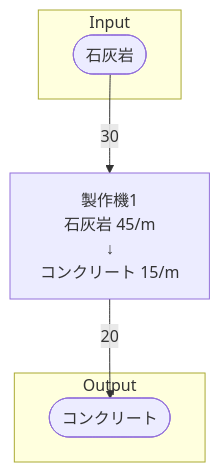
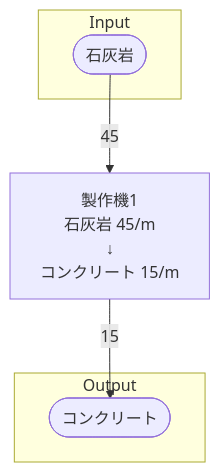
Before and after one commit to Suzuran-Amano/SatisfactoryTaskEfficiency: the diagram in 40_FactoryBuilding/初期一時コンクリート工場/40_個別製造ライン設計書/個別製造ライン設計書_コンクリート製造ライン.md, drawn with Mermaid. The commit also changed other lines of this file and 288 other files, not shown here.

````diff
--- a/40_FactoryBuilding/初期一時コンクリート工場/40_個別製造ライン設計書/個別製造ライン設計書_コンクリート製造ライン.md
+++ b/40_FactoryBuilding/初期一時コンクリート工場/40_個別製造ライン設計書/個別製造ライン設計書_コンクリート製造ライン.md
@@ -18,24 +20,21 @@
 ```mermaid
 flowchart TD
 
 subgraph Input
     石灰岩([石灰岩])
 end
 
 製作機1[
     製作機1
     石灰岩 45/m
     ↓
     コンクリート 15/m
 ]
 
 subgraph Output
     コンクリート([コンクリート])
 end
 
-
-石灰岩-->|30|製作機1
-製作機1-->|20|コンクリート
-
-
+石灰岩-->|45|製作機1
+製作機1-->|15|コンクリート
 ```
````
